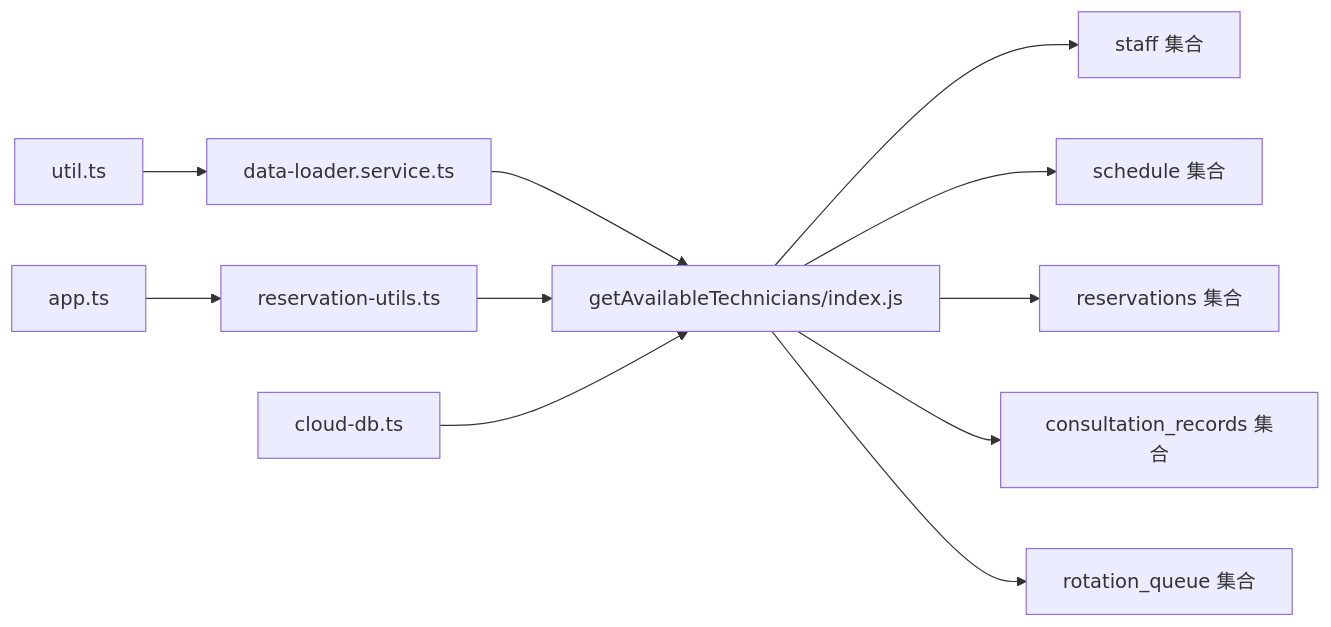
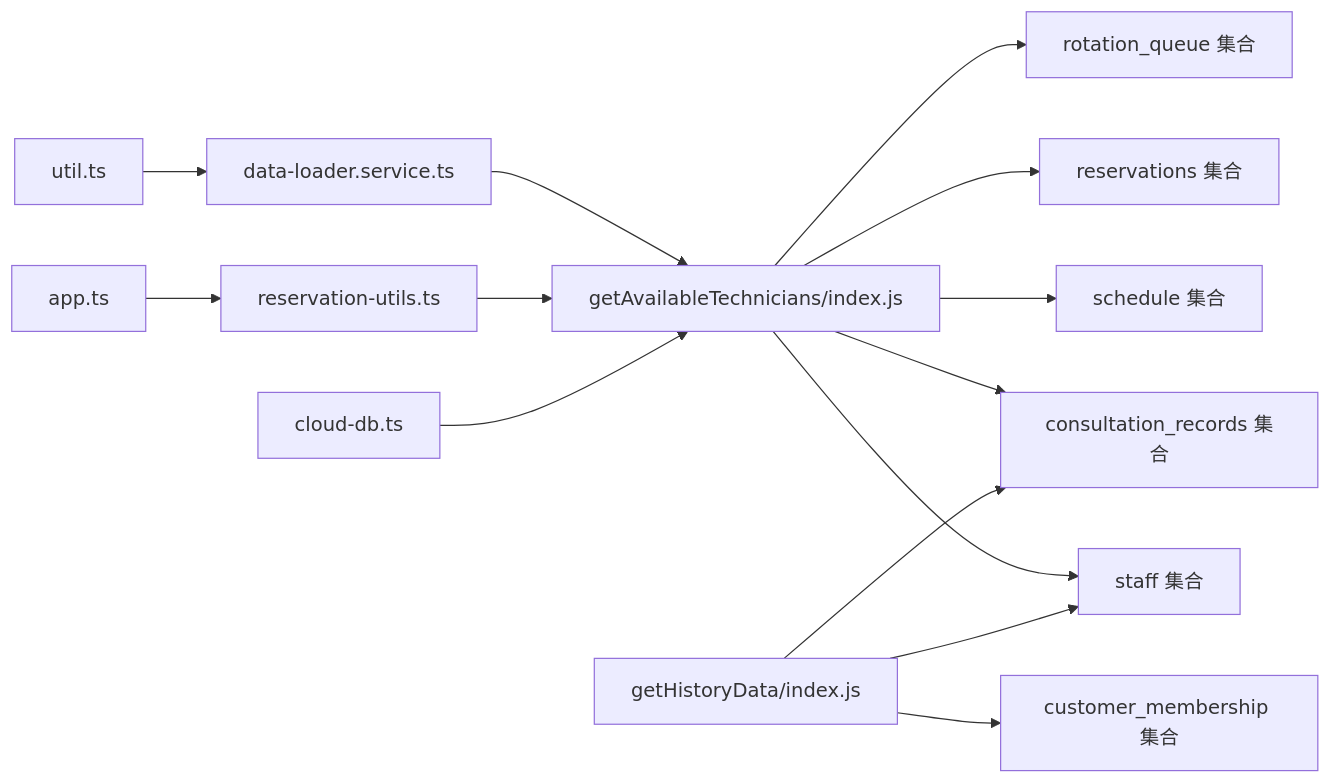
The fifth of 5 diagrams in .qoder/repowiki/zh/content/技师排班系统/可用技师查询.md (xwHoward/padoo-consulation-printer), drawn with Mermaid before and after one commit. The commit also changed other lines of this file and 15 other files, not shown here.

````diff
--- a/.qoder/repowiki/zh/content/技师排班系统/可用技师查询.md
+++ b/.qoder/repowiki/zh/content/技师排班系统/可用技师查询.md
@@ -489,13 +521,16 @@
 ```mermaid
 graph LR
 GA["getAvailableTechnicians/index.js"] --> STAFF["staff 集合"]
 GA --> SCHEDULE["schedule 集合"]
 GA --> RES["reservations 集合"]
 GA --> CONS["consultation_records 集合"]
 GA --> ROT["rotation_queue 集合"]
 DL["data-loader.service.ts"] --> GA
 RU["reservation-utils.ts"] --> GA
 CD["cloud-db.ts"] --> GA
 UT["util.ts"] --> DL
 APP["app.ts"] --> RU
+GHD["getHistoryData/index.js"] --> MEM["customer_membership 集合"]
+GHD --> CONS
+GHD --> STAFF
 ```
````
